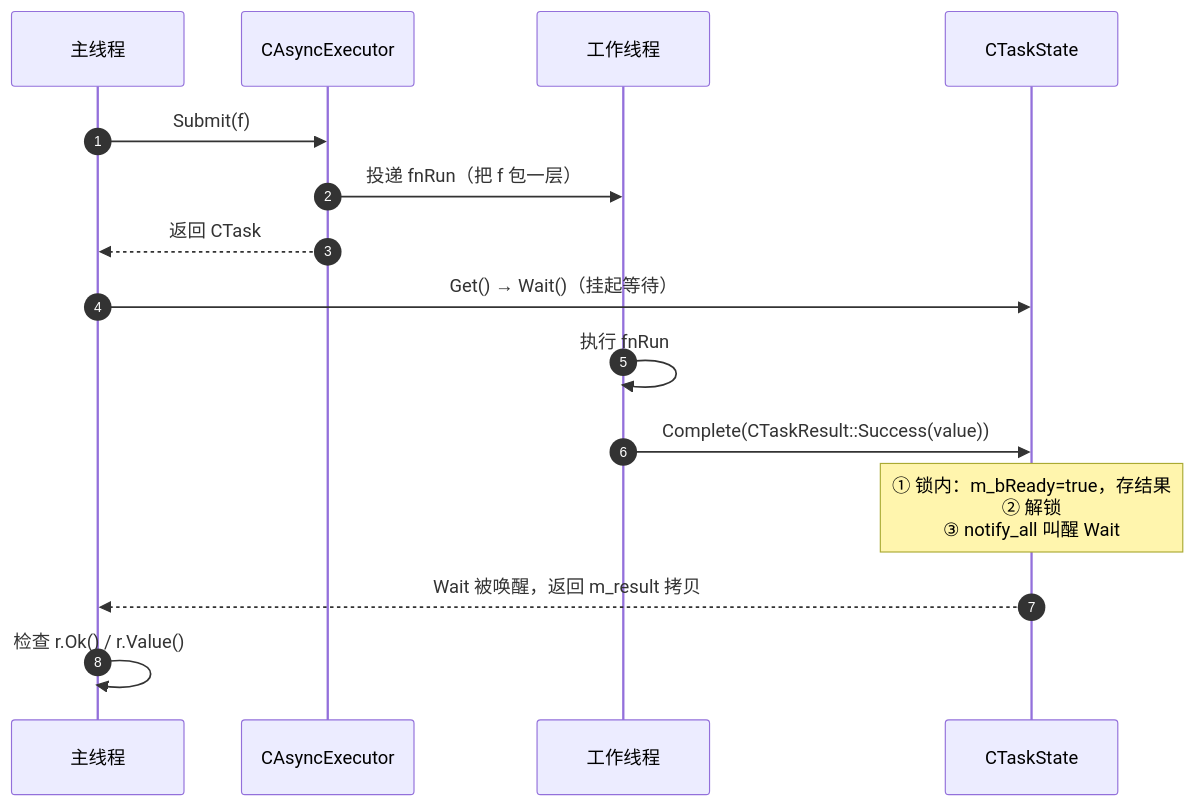
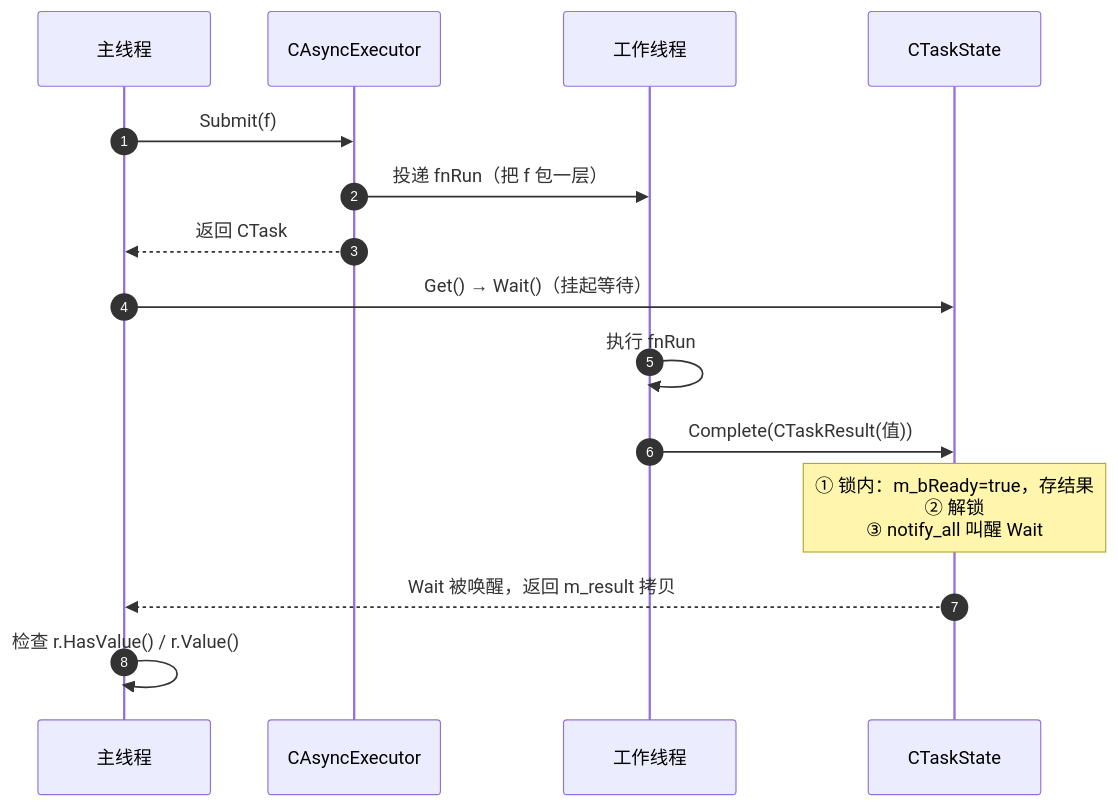
The fifth of 13 diagrams in Common/Async/docs/async-nothrow.md (MYMarcoreus/COM-Framework), drawn with Mermaid before and after one commit. The commit also changed other lines of this file and 6 other files, not shown here.

````diff
--- a/Common/Async/docs/async-nothrow.md
+++ b/Common/Async/docs/async-nothrow.md
@@ -221,18 +244,18 @@
 ```mermaid
 sequenceDiagram
     autonumber
     participant Main as 主线程
     participant Exec as CAsyncExecutor
     participant Pool as 工作线程
     participant State as CTaskState
 
     Main->>Exec: Submit(f)
     Exec->>Pool: 投递 fnRun（把 f 包一层）
     Exec-->>Main: 返回 CTask
     Main->>State: Get() → Wait()（挂起等待）
     Pool->>Pool: 执行 fnRun
-    Pool->>State: Complete(CTaskResult::Success(value))
+    Pool->>State: Complete(CTaskResult(值))
     Note over State: ① 锁内：m_bReady=true，存结果<br/>② 解锁<br/>③ notify_all 叫醒 Wait
     State-->>Main: Wait 被唤醒，返回 m_result 拷贝
-    Main->>Main: 检查 r.Ok() / r.Value()
+    Main->>Main: 检查 r.HasValue() / r.Value()
 ```
````
